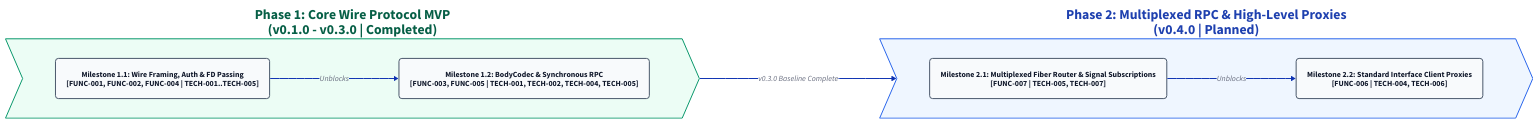
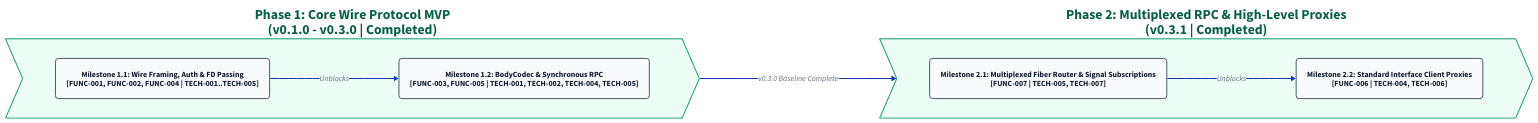
The diagram in docs/diagrams/roadmaps/roadmap.d2 (renich/crystal-dbus-native), drawn with D2 before and after one commit. The commit also changed 36 other files, not shown here.

First line of the commit message:
feat(dbus): implement multiplexed ReplyRouter, signal subscriptions, and proxies for v0.3.1

```diff
--- a/docs/diagrams/roadmaps/roadmap.d2
+++ b/docs/diagrams/roadmaps/roadmap.d2
@@ -1,58 +1,48 @@
 direction: right
 
 classes: {
   completed_phase: {
     shape: step
     style: {
       fill: "#ecfdf5"
       stroke: "#059669"
       stroke-width: 2
       font-color: "#065f46"
-      bold: true
-    }
-  }
-  planned_phase: {
-    shape: step
-    style: {
-      fill: "#eff6ff"
-      stroke: "#2563eb"
-      stroke-width: 2
-      font-color: "#1e40af"
       bold: true
     }
   }
   milestone_box: {
     shape: rectangle
     style: {
       fill: "#f8fafc"
       stroke: "#475569"
       stroke-width: 2
       border-radius: 6
       font-color: "#0f172a"
     }
   }
 }
 
 phase1: "Phase 1: Core Wire Protocol MVP\n(v0.1.0 - v0.3.0 | Completed)" {
   class: completed_phase
   m1_1: "Milestone 1.1: Wire Framing, Auth & FD Passing\n[FUNC-001, FUNC-002, FUNC-004 | TECH-001..TECH-005]" {
     class: milestone_box
   }
   m1_2: "Milestone 1.2: BodyCodec & Synchronous RPC\n[FUNC-003, FUNC-005 | TECH-001, TECH-002, TECH-004, TECH-005]" {
     class: milestone_box
   }
   m1_1 -> m1_2: "Unblocks"
 }
 
-phase2: "Phase 2: Multiplexed RPC & High-Level Proxies\n(v0.4.0 | Planned)" {
-  class: planned_phase
+phase2: "Phase 2: Multiplexed RPC & High-Level Proxies\n(v0.3.1 | Completed)" {
+  class: completed_phase
   m2_1: "Milestone 2.1: Multiplexed Fiber Router & Signal Subscriptions\n[FUNC-007 | TECH-005, TECH-007]" {
     class: milestone_box
   }
   m2_2: "Milestone 2.2: Standard Interface Client Proxies\n[FUNC-006 | TECH-004, TECH-006]" {
     class: milestone_box
   }
   m2_1 -> m2_2: "Unblocks"
 }
 
 phase1 -> phase2: "v0.3.0 Baseline Complete"
```
